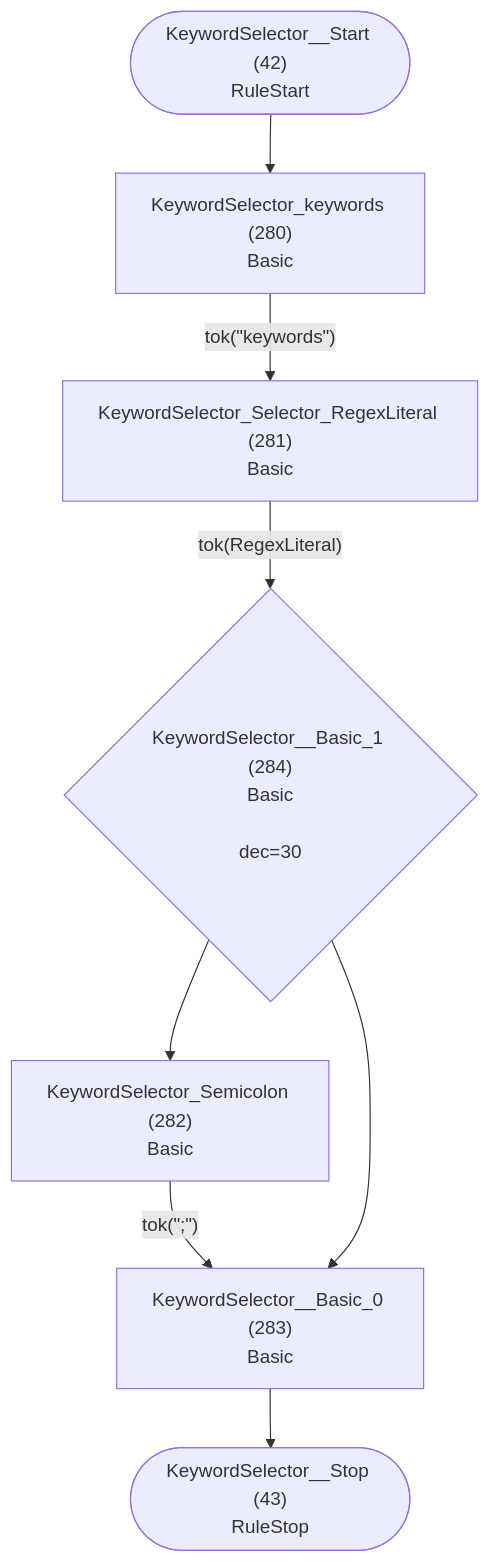
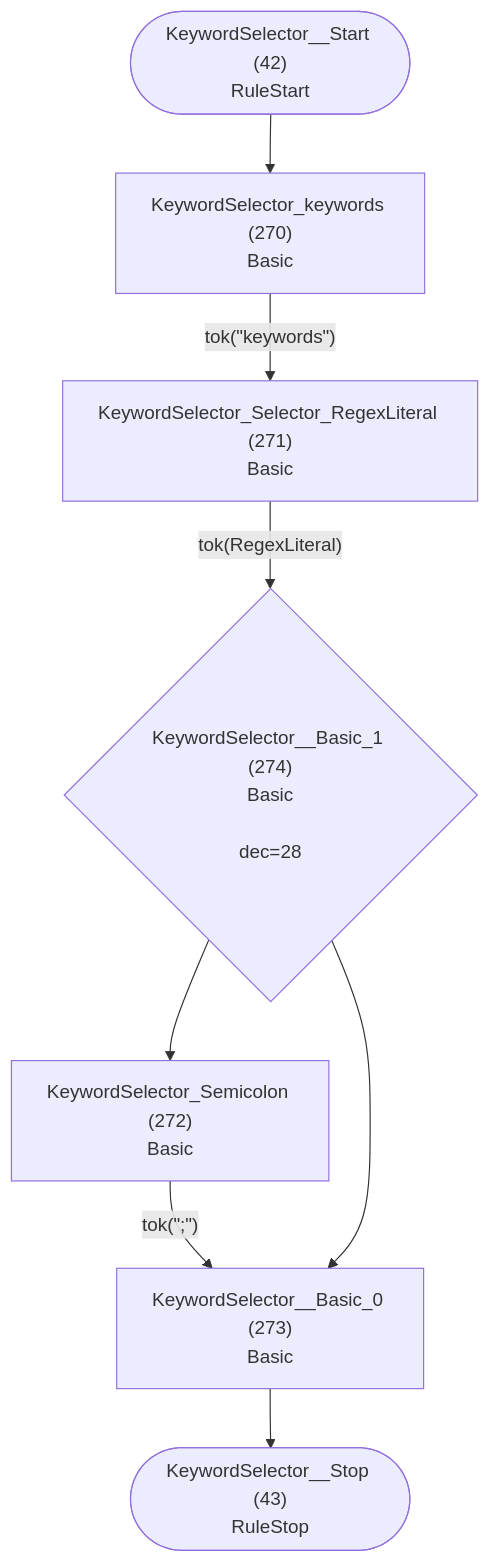
One commit to TypeFox/fastbelt changed diagram 22 of 40 in internal/grammar/atn.md. Above: the diagram before and after it, drawn with Mermaid. The commit also changed other lines of this file and 145 other files, not shown here.

````diff
--- a/internal/grammar/atn.md
+++ b/internal/grammar/atn.md
@@ -658,18 +636,18 @@
 ```mermaid
 flowchart TD
     q42(["KeywordSelector__Start (42)<br/>RuleStart"])
     q43(["KeywordSelector__Stop (43)<br/>RuleStop"])
-    q280["KeywordSelector_keywords (280)<br/>Basic<br/>"]
-    q281["KeywordSelector_Selector_RegexLiteral (281)<br/>Basic<br/>"]
-    q282["KeywordSelector_Semicolon (282)<br/>Basic<br/>"]
-    q283["KeywordSelector__Basic_0 (283)<br/>Basic<br/>"]
-    q284{"KeywordSelector__Basic_1 (284)<br/>Basic<br/><br/>dec=30"}
+    q270["KeywordSelector_keywords (270)<br/>Basic<br/>"]
+    q271["KeywordSelector_Selector_RegexLiteral (271)<br/>Basic<br/>"]
+    q272["KeywordSelector_Semicolon (272)<br/>Basic<br/>"]
+    q273["KeywordSelector__Basic_0 (273)<br/>Basic<br/>"]
+    q274{"KeywordSelector__Basic_1 (274)<br/>Basic<br/><br/>dec=28"}
 
-    q42 --> q280
-    q280 -->|"tok(&quot;keywords&quot;)"| q281
-    q281 -->|"tok(RegexLiteral)"| q284
-    q282 -->|"tok(&quot;;&quot;)"| q283
-    q283 --> q43
-    q284 --> q282
-    q284 --> q283
+    q42 --> q270
+    q270 -->|"tok(&quot;keywords&quot;)"| q271
+    q271 -->|"tok(RegexLiteral)"| q274
+    q272 -->|"tok(&quot;;&quot;)"| q273
+    q273 --> q43
+    q274 --> q272
+    q274 --> q273
 ```
````
